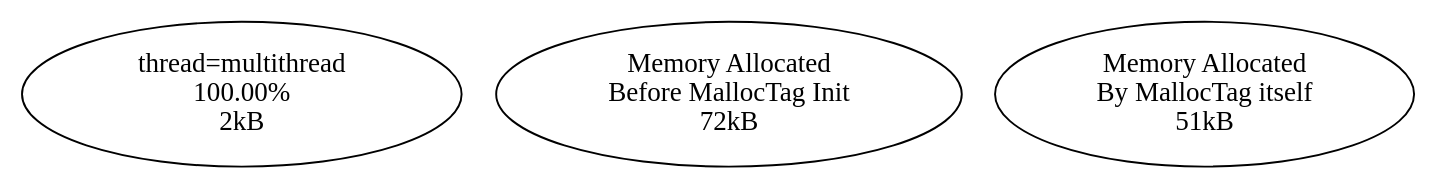
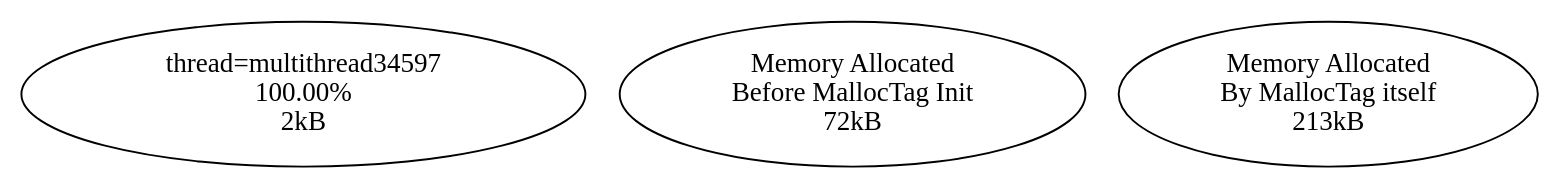
Before and after one commit to f18m/malloc-tag: the diagram in examples/multithread/multithread_stats.dot, drawn with Graphviz. The commit also changed 6 other files, not shown here.

Commit message:
Add TID to thread name Move out of MallocTree_t::collect_stats_recursively() all stuff that is not strictly related to that specific malloc tree: we're going to produce multiple trees in output for multithreaded applications Register malloc trees for secondary threads in the global registry

```diff
--- a/examples/multithread/multithread_stats.dot
+++ b/examples/multithread/multithread_stats.dot
@@ -1,5 +1,5 @@
 digraph MallocTree {
-multithread [label="thread=multithread\n100.00%\n2kB"]
+multithread34597 [label="thread=multithread34597\n100.00%\n2kB"]
 __before_init_node__ [label="Memory Allocated\nBefore MallocTag Init\n72kB"]
-__malloctag_self_memory__ [label="Memory Allocated\nBy MallocTag itself\n51kB"]
+__malloctag_self_memory__ [label="Memory Allocated\nBy MallocTag itself\n213kB"]
 }
```
